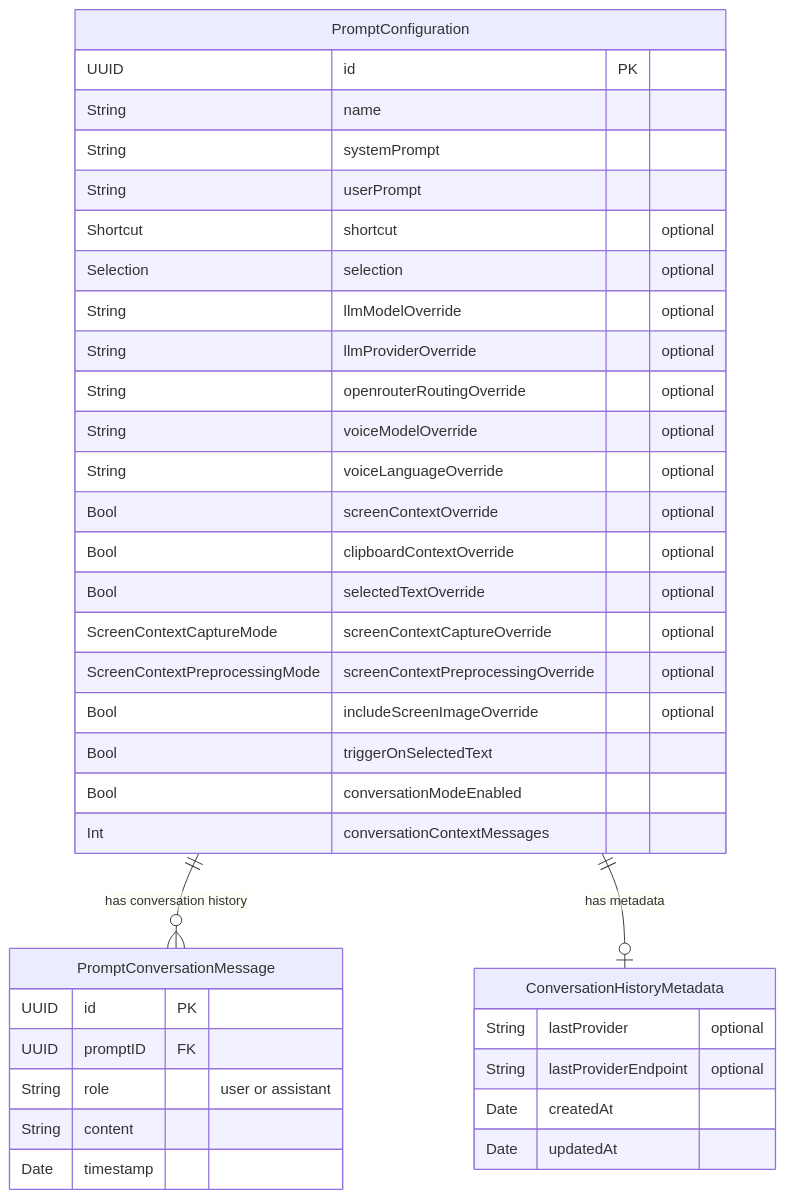
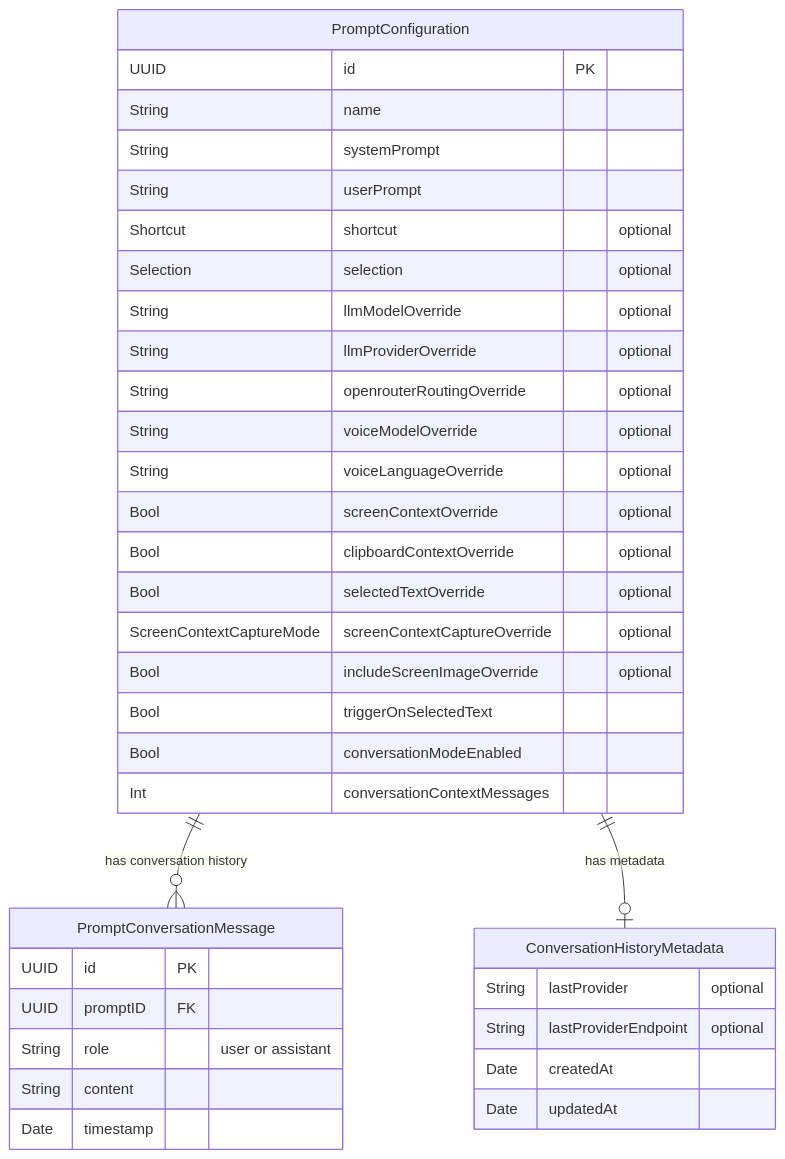
Before and after one commit to dkapo88/WonderWhisper-macOS: the first of 10 diagrams in datamodel.md, drawn with Mermaid. The commit also changed other lines of this file and 13 other files, not shown here.

````diff
--- a/datamodel.md
+++ b/datamodel.md
@@ -27,43 +27,42 @@
 ```mermaid
 erDiagram
     PromptConfiguration ||--o{ PromptConversationMessage : "has conversation history"
     PromptConfiguration {
         UUID id PK
         String name
         String systemPrompt
         String userPrompt
         Shortcut shortcut "optional"
         Selection selection "optional"
         String llmModelOverride "optional"
         String llmProviderOverride "optional"
         String openrouterRoutingOverride "optional"
         String voiceModelOverride "optional"
         String voiceLanguageOverride "optional"
         Bool screenContextOverride "optional"
         Bool clipboardContextOverride "optional"
         Bool selectedTextOverride "optional"
         ScreenContextCaptureMode screenContextCaptureOverride "optional"
-        ScreenContextPreprocessingMode screenContextPreprocessingOverride "optional"
         Bool includeScreenImageOverride "optional"
         Bool triggerOnSelectedText
         Bool conversationModeEnabled
         Int conversationContextMessages
     }
     
     PromptConversationMessage {
         UUID id PK
         UUID promptID FK
         String role "user or assistant"
         String content
         Date timestamp
     }
     
     ConversationHistoryMetadata {
         String lastProvider "optional"
         String lastProviderEndpoint "optional"
         Date createdAt
         Date updatedAt
     }
     
     PromptConfiguration ||--o| ConversationHistoryMetadata : "has metadata"
 ```
````
